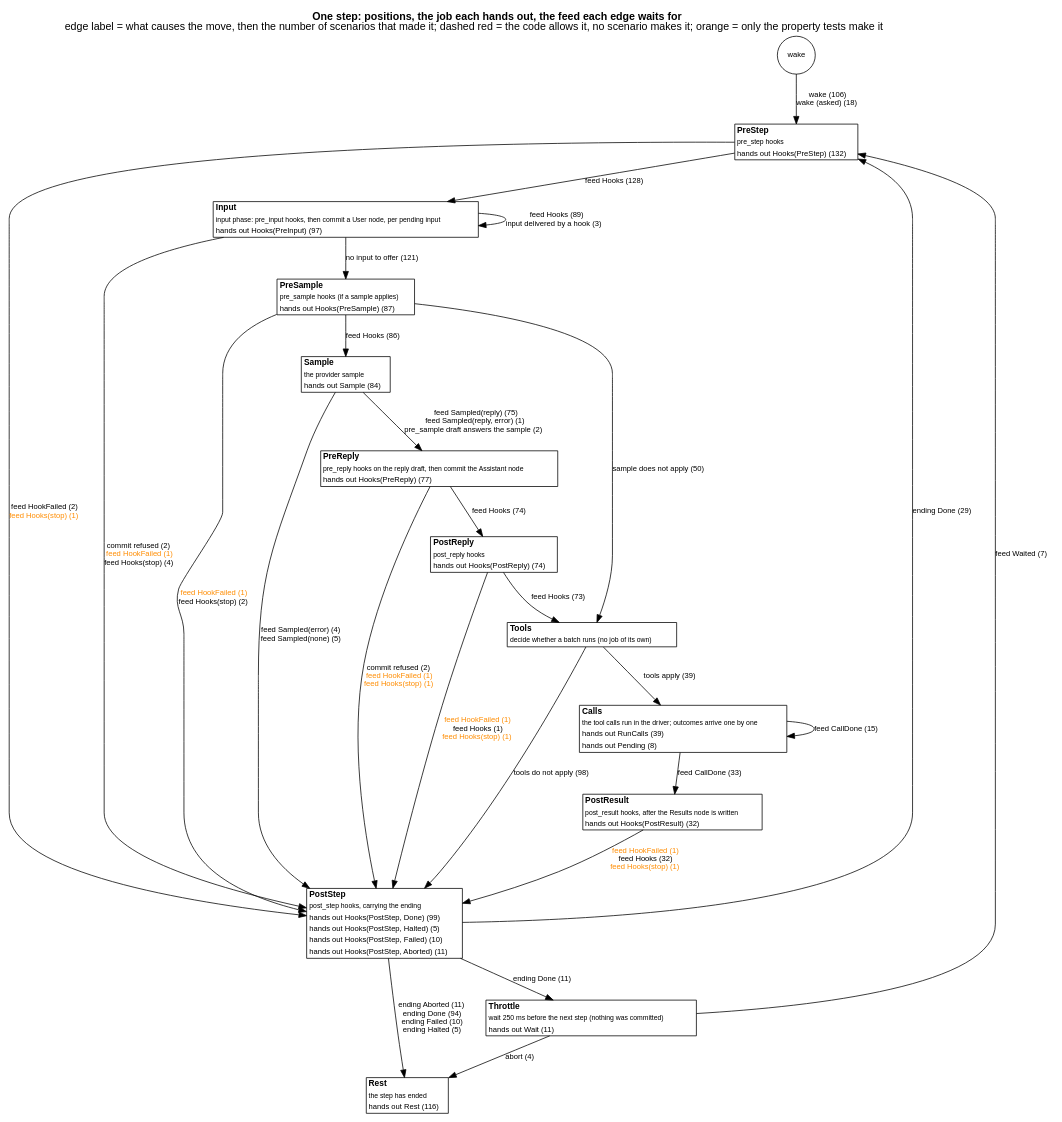
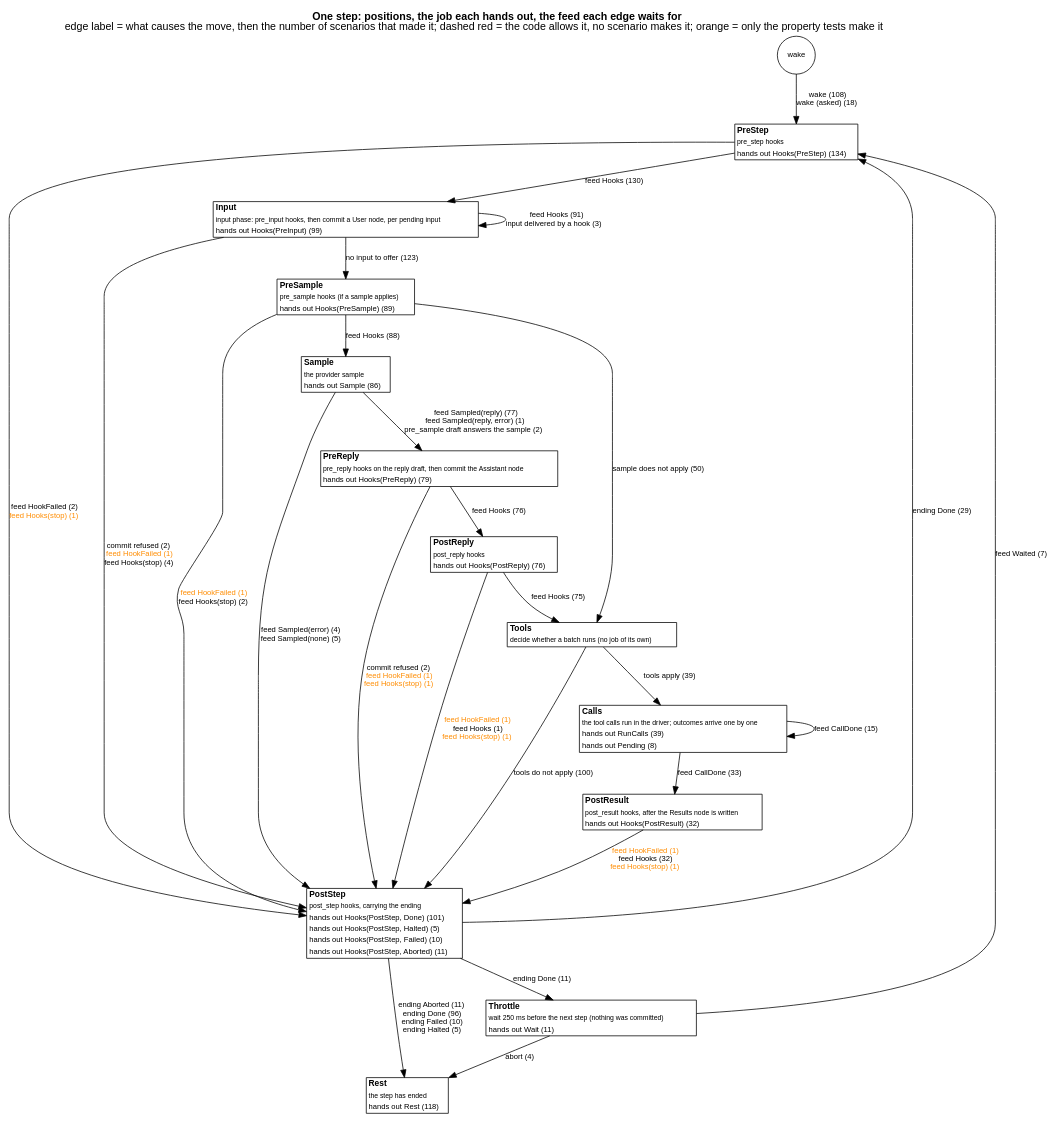
The diagram in docs/as-built/diagrams/step-positions.dot (jmccardle/tau), drawn with Graphviz before and after one commit. The commit also changed 6 other files, not shown here.

First line of the commit message:
3d wave 1 merge fixes: core-io opt-out for the transitions feature, diagrams regenerated, ratchet allowlist

```diff
--- a/docs/as-built/diagrams/step-positions.dot
+++ b/docs/as-built/diagrams/step-positions.dot
@@ -1,44 +1,44 @@
 // Generated by scripts/diagrams.sh from the test suites' transitions. Do not edit.
 digraph step_positions {
   graph [rankdir=TB, fontname="Helvetica", nodesep=0.5, ranksep=0.6, labelloc=t, label=<<b>One step: positions, the job each hands out, the feed each edge waits for</b><br/>edge label = what causes the move, then the number of scenarios that made it; dashed red = the code allows it, no scenario makes it; orange = only the property tests make it>];
   node [shape=plain, fontname="Helvetica", fontsize=11];
   edge [fontname="Helvetica", fontsize=10];
   "(wake)" [shape=circle, label="wake", fontsize=10];
-  "PreStep" [label=<<table border="1" cellborder="0" cellspacing="0" bgcolor="white"><tr><td align="left"><b>PreStep</b></td></tr><tr><td align="left"><font point-size="9">pre_step hooks</font></td></tr><tr><td align="left"><font color="black" point-size="10">hands out Hooks(PreStep) (132)</font></td></tr></table>>];
-  "Input" [label=<<table border="1" cellborder="0" cellspacing="0" bgcolor="white"><tr><td align="left"><b>Input</b></td></tr><tr><td align="left"><font point-size="9">input phase: pre_input hooks, then commit a User node, per pending input</font></td></tr><tr><td align="left"><font color="black" point-size="10">hands out Hooks(PreInput) (97)</font></td></tr></table>>];
-  "PreSample" [label=<<table border="1" cellborder="0" cellspacing="0" bgcolor="white"><tr><td align="left"><b>PreSample</b></td></tr><tr><td align="left"><font point-size="9">pre_sample hooks (if a sample applies)</font></td></tr><tr><td align="left"><font color="black" point-size="10">hands out Hooks(PreSample) (87)</font></td></tr></table>>];
-  "Sample" [label=<<table border="1" cellborder="0" cellspacing="0" bgcolor="white"><tr><td align="left"><b>Sample</b></td></tr><tr><td align="left"><font point-size="9">the provider sample</font></td></tr><tr><td align="left"><font color="black" point-size="10">hands out Sample (84)</font></td></tr></table>>];
-  "PreReply" [label=<<table border="1" cellborder="0" cellspacing="0" bgcolor="white"><tr><td align="left"><b>PreReply</b></td></tr><tr><td align="left"><font point-size="9">pre_reply hooks on the reply draft, then commit the Assistant node</font></td></tr><tr><td align="left"><font color="black" point-size="10">hands out Hooks(PreReply) (77)</font></td></tr></table>>];
-  "PostReply" [label=<<table border="1" cellborder="0" cellspacing="0" bgcolor="white"><tr><td align="left"><b>PostReply</b></td></tr><tr><td align="left"><font point-size="9">post_reply hooks</font></td></tr><tr><td align="left"><font color="black" point-size="10">hands out Hooks(PostReply) (74)</font></td></tr></table>>];
+  "PreStep" [label=<<table border="1" cellborder="0" cellspacing="0" bgcolor="white"><tr><td align="left"><b>PreStep</b></td></tr><tr><td align="left"><font point-size="9">pre_step hooks</font></td></tr><tr><td align="left"><font color="black" point-size="10">hands out Hooks(PreStep) (134)</font></td></tr></table>>];
+  "Input" [label=<<table border="1" cellborder="0" cellspacing="0" bgcolor="white"><tr><td align="left"><b>Input</b></td></tr><tr><td align="left"><font point-size="9">input phase: pre_input hooks, then commit a User node, per pending input</font></td></tr><tr><td align="left"><font color="black" point-size="10">hands out Hooks(PreInput) (99)</font></td></tr></table>>];
+  "PreSample" [label=<<table border="1" cellborder="0" cellspacing="0" bgcolor="white"><tr><td align="left"><b>PreSample</b></td></tr><tr><td align="left"><font point-size="9">pre_sample hooks (if a sample applies)</font></td></tr><tr><td align="left"><font color="black" point-size="10">hands out Hooks(PreSample) (89)</font></td></tr></table>>];
+  "Sample" [label=<<table border="1" cellborder="0" cellspacing="0" bgcolor="white"><tr><td align="left"><b>Sample</b></td></tr><tr><td align="left"><font point-size="9">the provider sample</font></td></tr><tr><td align="left"><font color="black" point-size="10">hands out Sample (86)</font></td></tr></table>>];
+  "PreReply" [label=<<table border="1" cellborder="0" cellspacing="0" bgcolor="white"><tr><td align="left"><b>PreReply</b></td></tr><tr><td align="left"><font point-size="9">pre_reply hooks on the reply draft, then commit the Assistant node</font></td></tr><tr><td align="left"><font color="black" point-size="10">hands out Hooks(PreReply) (79)</font></td></tr></table>>];
+  "PostReply" [label=<<table border="1" cellborder="0" cellspacing="0" bgcolor="white"><tr><td align="left"><b>PostReply</b></td></tr><tr><td align="left"><font point-size="9">post_reply hooks</font></td></tr><tr><td align="left"><font color="black" point-size="10">hands out Hooks(PostReply) (76)</font></td></tr></table>>];
   "Tools" [label=<<table border="1" cellborder="0" cellspacing="0" bgcolor="white"><tr><td align="left"><b>Tools</b></td></tr><tr><td align="left"><font point-size="9">decide whether a batch runs (no job of its own)</font></td></tr></table>>];
   "Calls" [label=<<table border="1" cellborder="0" cellspacing="0" bgcolor="white"><tr><td align="left"><b>Calls</b></td></tr><tr><td align="left"><font point-size="9">the tool calls run in the driver; outcomes arrive one by one</font></td></tr><tr><td align="left"><font color="black" point-size="10">hands out RunCalls (39)</font></td></tr><tr><td align="left"><font color="black" point-size="10">hands out Pending (8)</font></td></tr></table>>];
   "PostResult" [label=<<table border="1" cellborder="0" cellspacing="0" bgcolor="white"><tr><td align="left"><b>PostResult</b></td></tr><tr><td align="left"><font point-size="9">post_result hooks, after the Results node is written</font></td></tr><tr><td align="left"><font color="black" point-size="10">hands out Hooks(PostResult) (32)</font></td></tr></table>>];
-  "PostStep" [label=<<table border="1" cellborder="0" cellspacing="0" bgcolor="white"><tr><td align="left"><b>PostStep</b></td></tr><tr><td align="left"><font point-size="9">post_step hooks, carrying the ending</font></td></tr><tr><td align="left"><font color="black" point-size="10">hands out Hooks(PostStep, Done) (99)</font></td></tr><tr><td align="left"><font color="black" point-size="10">hands out Hooks(PostStep, Halted) (5)</font></td></tr><tr><td align="left"><font color="black" point-size="10">hands out Hooks(PostStep, Failed) (10)</font></td></tr><tr><td align="left"><font color="black" point-size="10">hands out Hooks(PostStep, Aborted) (11)</font></td></tr></table>>];
+  "PostStep" [label=<<table border="1" cellborder="0" cellspacing="0" bgcolor="white"><tr><td align="left"><b>PostStep</b></td></tr><tr><td align="left"><font point-size="9">post_step hooks, carrying the ending</font></td></tr><tr><td align="left"><font color="black" point-size="10">hands out Hooks(PostStep, Done) (101)</font></td></tr><tr><td align="left"><font color="black" point-size="10">hands out Hooks(PostStep, Halted) (5)</font></td></tr><tr><td align="left"><font color="black" point-size="10">hands out Hooks(PostStep, Failed) (10)</font></td></tr><tr><td align="left"><font color="black" point-size="10">hands out Hooks(PostStep, Aborted) (11)</font></td></tr></table>>];
   "Throttle" [label=<<table border="1" cellborder="0" cellspacing="0" bgcolor="white"><tr><td align="left"><b>Throttle</b></td></tr><tr><td align="left"><font point-size="9">wait 250 ms before the next step (nothing was committed)</font></td></tr><tr><td align="left"><font color="black" point-size="10">hands out Wait (11)</font></td></tr></table>>];
-  "Rest" [label=<<table border="1" cellborder="0" cellspacing="0" bgcolor="white"><tr><td align="left"><b>Rest</b></td></tr><tr><td align="left"><font point-size="9">the step has ended</font></td></tr><tr><td align="left"><font color="black" point-size="10">hands out Rest (116)</font></td></tr></table>>];
-  "(wake)" -> "PreStep" [label=<wake (106)<br/>wake (asked) (18)>, color="black", style=solid];
+  "Rest" [label=<<table border="1" cellborder="0" cellspacing="0" bgcolor="white"><tr><td align="left"><b>Rest</b></td></tr><tr><td align="left"><font point-size="9">the step has ended</font></td></tr><tr><td align="left"><font color="black" point-size="10">hands out Rest (118)</font></td></tr></table>>];
+  "(wake)" -> "PreStep" [label=<wake (108)<br/>wake (asked) (18)>, color="black", style=solid];
   "Calls" -> "Calls" [label=<feed CallDone (15)>, color="black", style=solid];
   "Calls" -> "PostResult" [label=<feed CallDone (33)>, color="black", style=solid];
-  "Input" -> "Input" [label=<feed Hooks (89)<br/>input delivered by a hook (3)>, color="black", style=solid];
+  "Input" -> "Input" [label=<feed Hooks (91)<br/>input delivered by a hook (3)>, color="black", style=solid];
   "Input" -> "PostStep" [label=<commit refused (2)<br/><font color="darkorange">feed HookFailed (1)</font><br/>feed Hooks(stop) (4)>, color="black", style=solid];
-  "Input" -> "PreSample" [label=<no input to offer (121)>, color="black", style=solid];
+  "Input" -> "PreSample" [label=<no input to offer (123)>, color="black", style=solid];
   "PostReply" -> "PostStep" [label=<<font color="darkorange">feed HookFailed (1)</font><br/>feed Hooks (1)<br/><font color="darkorange">feed Hooks(stop) (1)</font>>, color="black", style=solid];
-  "PostReply" -> "Tools" [label=<feed Hooks (73)>, color="black", style=solid];
+  "PostReply" -> "Tools" [label=<feed Hooks (75)>, color="black", style=solid];
   "PostResult" -> "PostStep" [label=<<font color="darkorange">feed HookFailed (1)</font><br/>feed Hooks (32)<br/><font color="darkorange">feed Hooks(stop) (1)</font>>, color="black", style=solid];
   "PostStep" -> "PreStep" [label=<ending Done (29)>, color="black", style=solid];
-  "PostStep" -> "Rest" [label=<ending Aborted (11)<br/>ending Done (94)<br/>ending Failed (10)<br/>ending Halted (5)>, color="black", style=solid];
+  "PostStep" -> "Rest" [label=<ending Aborted (11)<br/>ending Done (96)<br/>ending Failed (10)<br/>ending Halted (5)>, color="black", style=solid];
   "PostStep" -> "Throttle" [label=<ending Done (11)>, color="black", style=solid];
-  "PreReply" -> "PostReply" [label=<feed Hooks (74)>, color="black", style=solid];
+  "PreReply" -> "PostReply" [label=<feed Hooks (76)>, color="black", style=solid];
   "PreReply" -> "PostStep" [label=<commit refused (2)<br/><font color="darkorange">feed HookFailed (1)</font><br/><font color="darkorange">feed Hooks(stop) (1)</font>>, color="black", style=solid];
   "PreSample" -> "PostStep" [label=<<font color="darkorange">feed HookFailed (1)</font><br/>feed Hooks(stop) (2)>, color="black", style=solid];
-  "PreSample" -> "Sample" [label=<feed Hooks (86)>, color="black", style=solid];
+  "PreSample" -> "Sample" [label=<feed Hooks (88)>, color="black", style=solid];
   "PreSample" -> "Tools" [label=<sample does not apply (50)>, color="black", style=solid];
-  "PreStep" -> "Input" [label=<feed Hooks (128)>, color="black", style=solid];
+  "PreStep" -> "Input" [label=<feed Hooks (130)>, color="black", style=solid];
   "PreStep" -> "PostStep" [label=<feed HookFailed (2)<br/><font color="darkorange">feed Hooks(stop) (1)</font>>, color="black", style=solid];
   "Sample" -> "PostStep" [label=<feed Sampled(error) (4)<br/>feed Sampled(none) (5)>, color="black", style=solid];
-  "Sample" -> "PreReply" [label=<feed Sampled(reply) (75)<br/>feed Sampled(reply, error) (1)<br/>pre_sample draft answers the sample (2)>, color="black", style=solid];
+  "Sample" -> "PreReply" [label=<feed Sampled(reply) (77)<br/>feed Sampled(reply, error) (1)<br/>pre_sample draft answers the sample (2)>, color="black", style=solid];
   "Throttle" -> "PreStep" [label=<feed Waited (7)>, color="black", style=solid];
   "Throttle" -> "Rest" [label=<abort (4)>, color="black", style=solid];
   "Tools" -> "Calls" [label=<tools apply (39)>, color="black", style=solid];
-  "Tools" -> "PostStep" [label=<tools do not apply (98)>, color="black", style=solid];
+  "Tools" -> "PostStep" [label=<tools do not apply (100)>, color="black", style=solid];
 }
```
